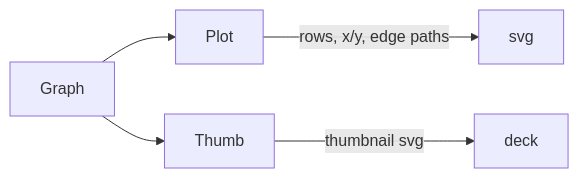
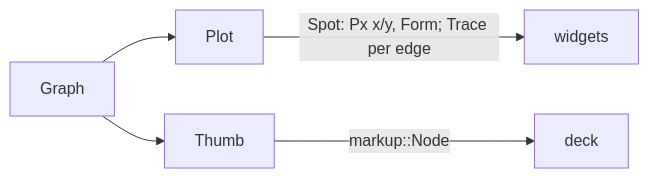
The diagram in crates/layout/AGENTS.md (krukah/redex), drawn with Mermaid before and after one commit. The commit also changed other lines of this file and 8 other files, not shown here.

First line of the commit message:
Document markup and units, the typed widgets, and milestone 6b

````diff
--- a/crates/layout/AGENTS.md
+++ b/crates/layout/AGENTS.md
@@ -3,5 +3,5 @@
 ```mermaid
 flowchart LR
-  Graph --> Plot -->|rows, x/y, edge paths| svg
-  Graph --> Thumb -->|thumbnail svg| deck
+  Graph --> Plot -->|Spot: Px x/y, Form; Trace per edge| widgets
+  Graph --> Thumb -->|markup::Node| deck
 ```
````
